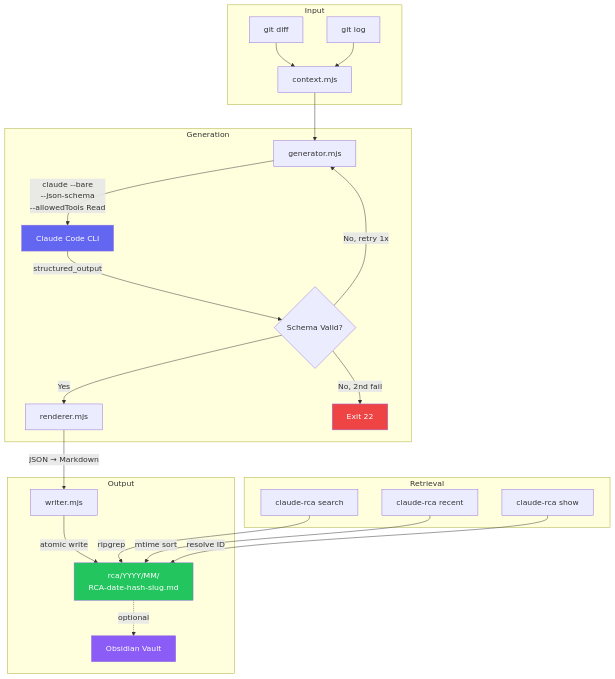
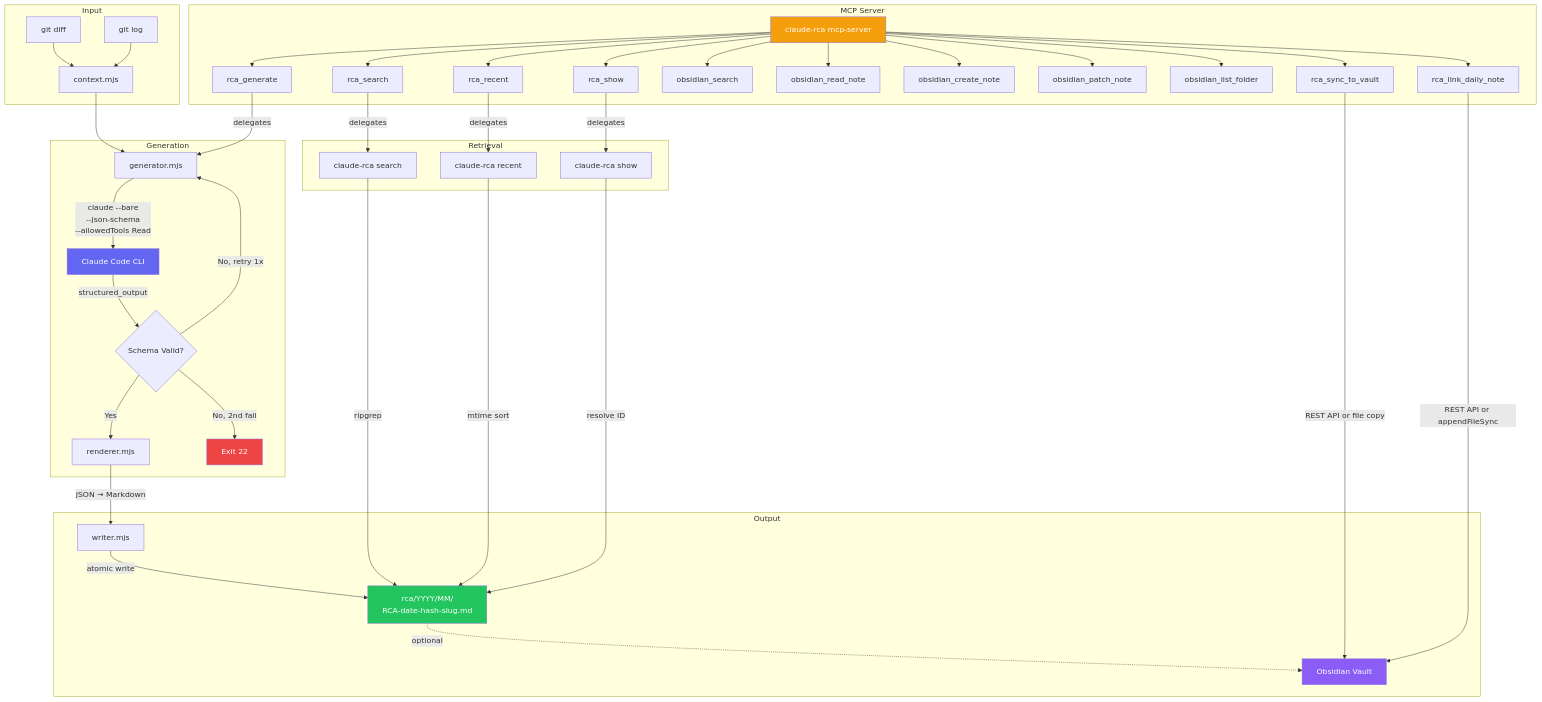
The second of 7 diagrams in README.md (Muminur/RCA-Ninja), drawn with Mermaid before and after one commit. The commit also changed other lines of this file and 8 other files, not shown here.

First line of the commit message:
feat(mcp): add MCP server and Obsidian REST API integration

````diff
--- a/README.md
+++ b/README.md
@@ -139,33 +139,54 @@
 ```mermaid
 graph TB
     subgraph Input
         A[git diff] --> C[context.mjs]
         B[git log] --> C
     end
 
     subgraph Generation
         C --> D[generator.mjs]
         D -->|"claude --bare<br/>--json-schema<br/>--allowedTools Read"| E[Claude Code CLI]
         E -->|structured_output| F{Schema Valid?}
         F -->|Yes| G[renderer.mjs]
         F -->|No, retry 1x| D
         F -->|No, 2nd fail| X[Exit 22]
     end
 
     subgraph Output
         G -->|JSON → Markdown| H[writer.mjs]
         H -->|atomic write| I["rca/YYYY/MM/<br/>RCA-date-hash-slug.md"]
         I -.->|optional| J[Obsidian Vault]
     end
 
     subgraph Retrieval
         K[claude-rca search] -->|ripgrep| I
         L[claude-rca recent] -->|mtime sort| I
         M[claude-rca show] -->|resolve ID| I
     end
 
+    subgraph "MCP Server"
+        N[claude-rca mcp-server] --> O[rca_generate]
+        N --> P[rca_search]
+        N --> Q[rca_recent]
+        N --> R[rca_show]
+        N --> S[obsidian_search]
+        N --> T[obsidian_read_note]
+        N --> U[obsidian_create_note]
+        N --> V[obsidian_patch_note]
+        N --> W[obsidian_list_folder]
+        N --> AA[rca_sync_to_vault]
+        N --> AB[rca_link_daily_note]
+        O -->|delegates| D
+        P -->|delegates| K
+        Q -->|delegates| L
+        R -->|delegates| M
+        AA -->|REST API or file copy| J
+        AB -->|REST API or appendFileSync| J
+    end
+
     style E fill:#6366f1,color:#fff
     style I fill:#22c55e,color:#fff
     style X fill:#ef4444,color:#fff
     style J fill:#8b5cf6,color:#fff
+    style N fill:#f59e0b,color:#fff
 ```
````
